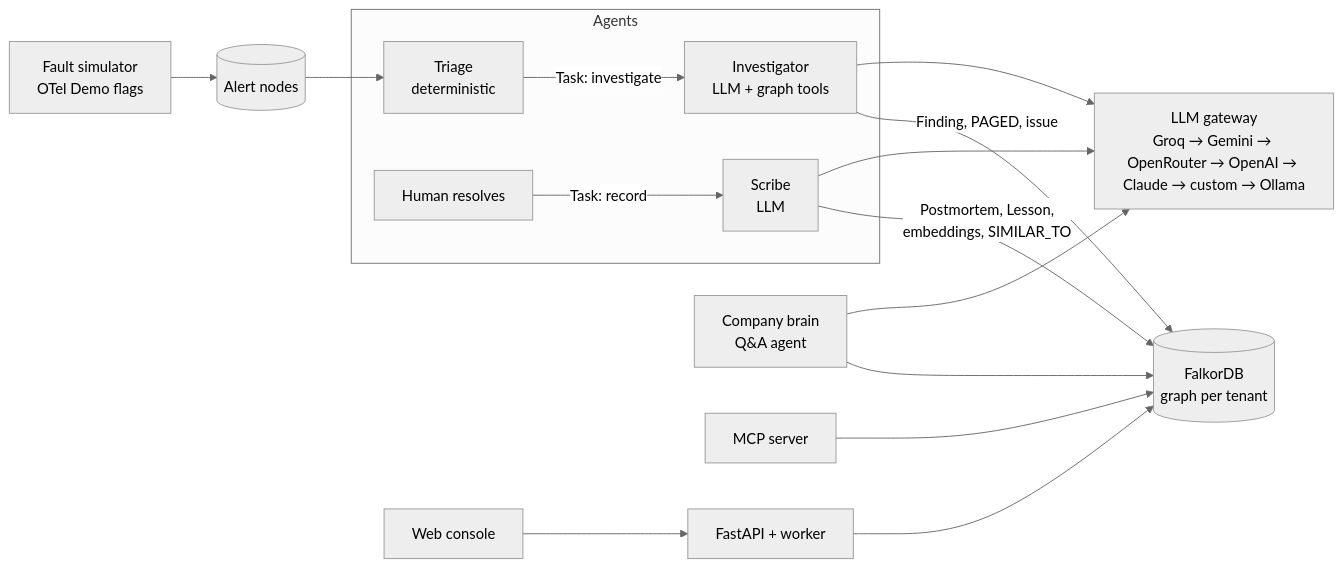
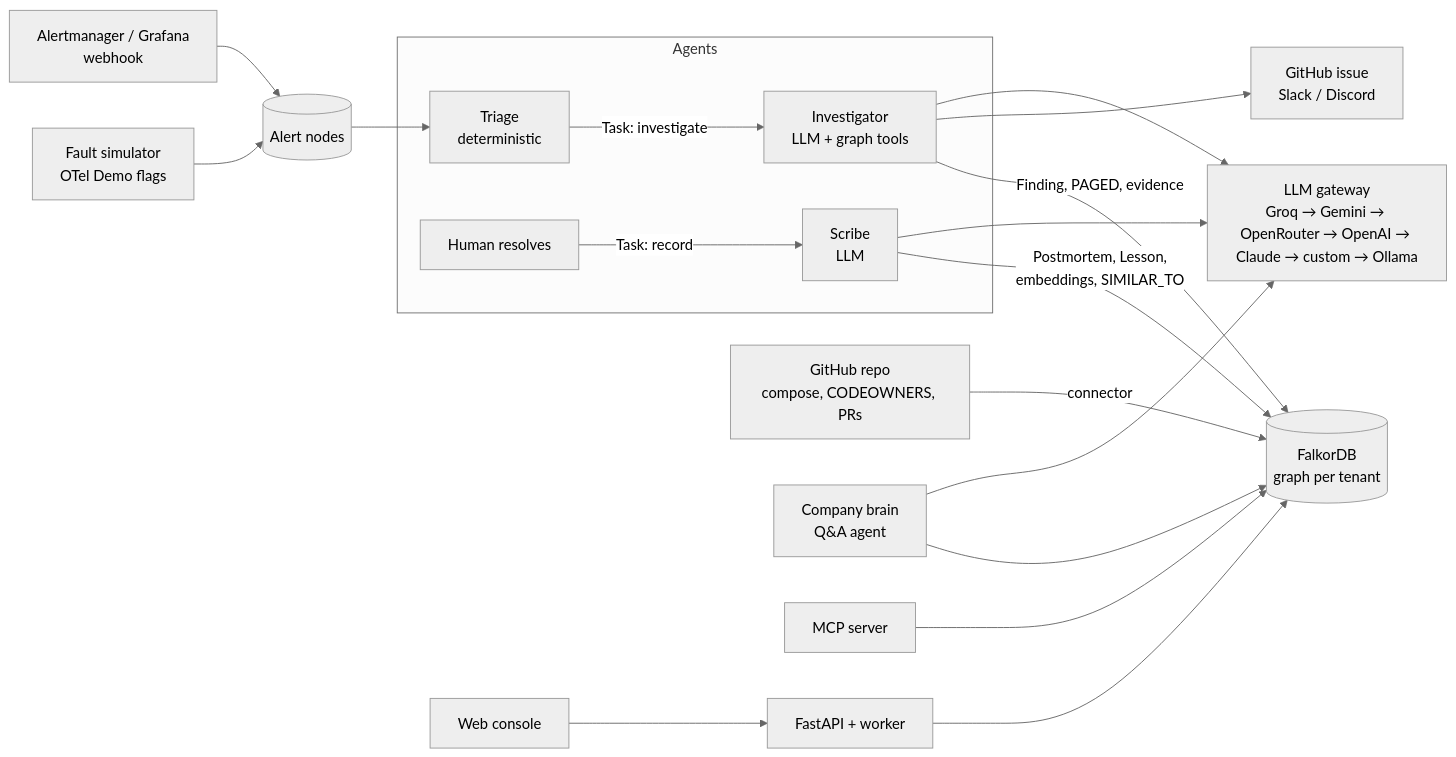
The first of 2 diagrams in README.md (AgentAhmed/blast-radius), drawn with Mermaid (neutral theme) before and after one commit. The commit also changed other lines of this file and 4 other files, not shown here.

````diff
--- a/README.md
+++ b/README.md
@@ -64,16 +64,19 @@
 ```mermaid
 flowchart LR
   SIM[Fault simulator<br/>OTel Demo flags] --> AL[(Alert nodes)]
+  AM[Alertmanager / Grafana<br/>webhook] --> AL
+  GH[GitHub repo<br/>compose, CODEOWNERS, PRs] --> |connector| FDB
   subgraph Agents
     TR[Triage<br/>deterministic] --> |Task: investigate| INV[Investigator<br/>LLM + graph tools]
     HUM[Human resolves] --> |Task: record| SCR[Scribe<br/>LLM]
   end
   AL --> TR
-  INV --> |Finding, PAGED, issue| FDB
+  INV --> |Finding, PAGED, evidence| FDB
+  INV --> ACT[GitHub issue<br/>Slack / Discord]
   SCR --> |Postmortem, Lesson,<br/>embeddings, SIMILAR_TO| FDB
   BRAIN[Company brain<br/>Q&A agent] --> FDB
   INV & SCR & BRAIN --> GW[LLM gateway<br/>Groq → Gemini → OpenRouter → OpenAI → Claude → custom → Ollama]
   FDB[(FalkorDB<br/>graph per tenant)]
   MCP[MCP server] --> FDB
   UI[Web console] --> API[FastAPI + worker] --> FDB
 ```
````
